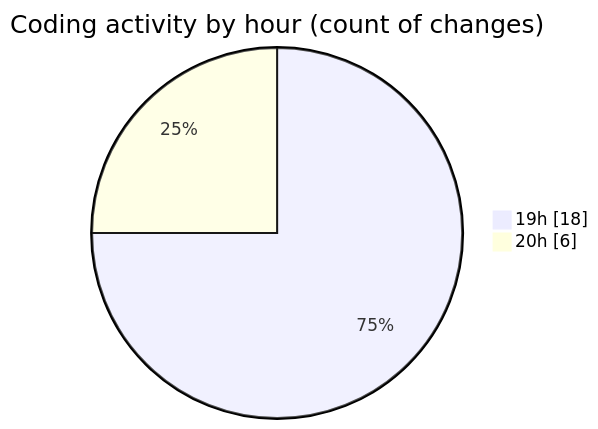
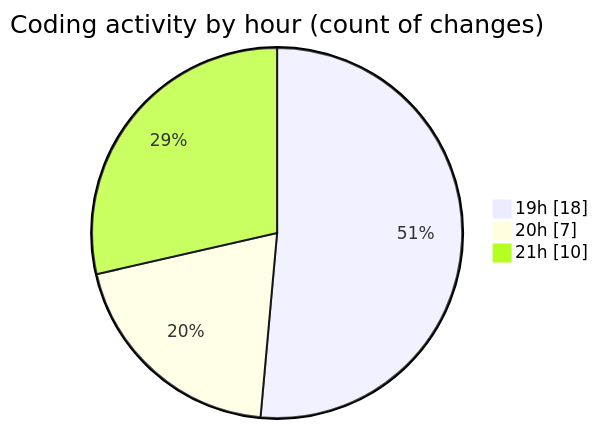
One commit to Elitesun/code-tracking changed the second of 2 diagrams in 2025-02-05/react_ecom/README.md. Above: the diagram before and after it, drawn with Mermaid. The commit also changed other lines of this file and 1 other file, not shown here.

````diff
--- a/2025-02-05/react_ecom/README.md
+++ b/2025-02-05/react_ecom/README.md
@@ -36,6 +39,7 @@
 ```mermaid
 pie showData
 title Coding activity by hour (count of changes)
 "19h" : 18
-"20h" : 6
+"20h" : 7
+"21h" : 10
 ```
````
